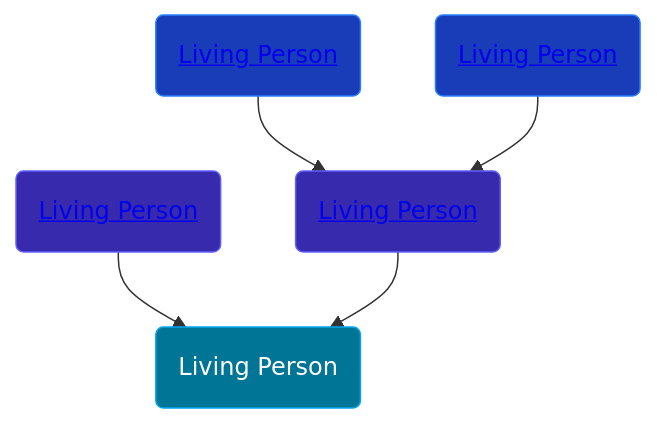
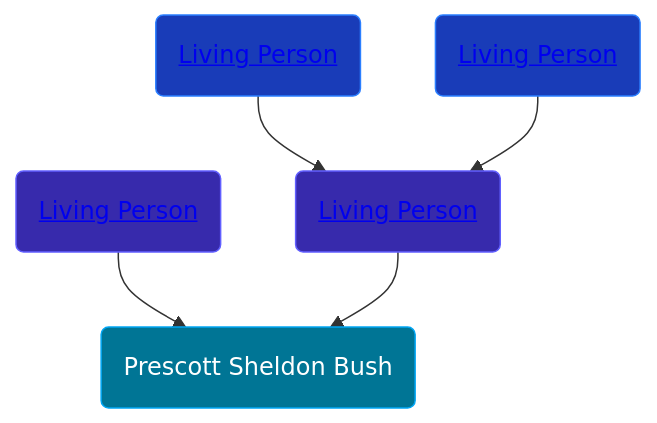
One commit to wpmgotkh/wpmgotkh.github.io changed the diagram in pages/people/9/99501197.md. Above: the diagram before and after it, drawn with Mermaid. The commit also changed other lines of this file and 586 other files, not shown here.

Commit message:
feat: better shouldConsiderPersonLiving algo

````diff
--- a/pages/people/9/99501197.md
+++ b/pages/people/9/99501197.md
@@ -10,11 +10,11 @@
 ```mermaid
 graph
 classDef grands fill:#193cb8,stroke:#2b7fff,stroke-width:1px,color:#fff;
 classDef parents fill:#372aac,stroke:#615fff,stroke-width:1px,color:#fff;
 classDef primary fill:#007595,stroke:#00a6f4,stroke-width:1px,color:#fff;
-99501197(Living Person):::primary
+99501197(Prescott Sheldon Bush):::primary
 40099947(<a class="text-white" href="/people/4/40099947">Living Person</a>):::parents-->99501197
 79817496(<a class="text-white" href="/people/7/79817496">Living Person</a>):::parents-->99501197
 59264416(<a class="text-white" href="/people/5/59264416">Living Person</a>):::grands-->79817496
 94045846(<a class="text-white" href="/people/9/94045846">Living Person</a>):::grands-->79817496
 ```
````
